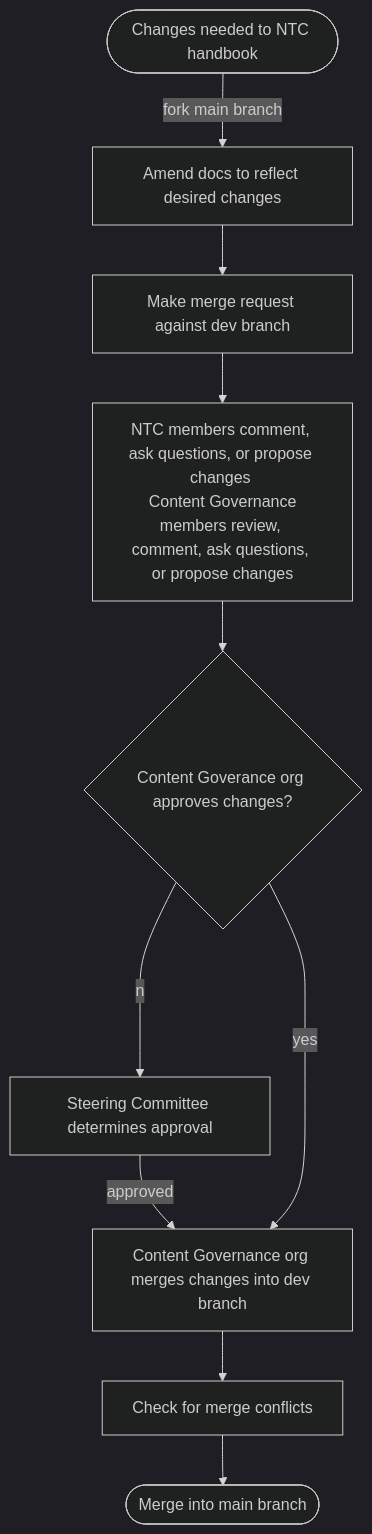
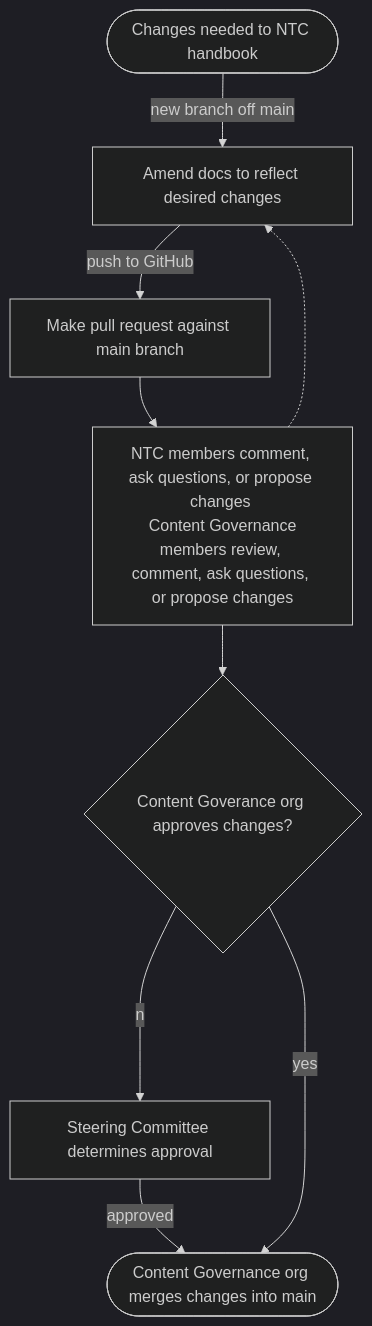
The diagram in docs/contributing.md (dsa-ntc/handbook), drawn with Mermaid (dark theme) before and after one commit. The commit also changed other lines of this file and 5 other files, not shown here.

````diff
--- a/docs/contributing.md
+++ b/docs/contributing.md
@@ -16,14 +82,12 @@
 ```mermaid
 graph TD;
 change-needed([Changes needed to NTC handbook])
---fork main branch-->make-changes[Amend docs to reflect desired changes]
--->merge-request[Make merge request against dev branch]
+--new branch off main-->make-changes[Amend docs to reflect desired changes]
+--push to GitHub-->pull-request[Make pull request against main branch]
 -->review[NTC members comment, ask questions, or propose changes <br> Content Governance members review, comment, ask questions, or propose changes]
--->approval{Content Goverance org approves changes?}
+review-.->make-changes
+review-->approval{Content Goverance org approves changes?}
 --no-->steering[Steering Committee determines approval]
 -->|approved|merge
-approval--yes-->merge[Content Governance org merges changes into dev branch]
--->check[Check for merge conflicts]
---> final_merge([Merge into main branch])
-
+approval--yes-->merge([Content Governance org merges changes into main])
 ```
````
